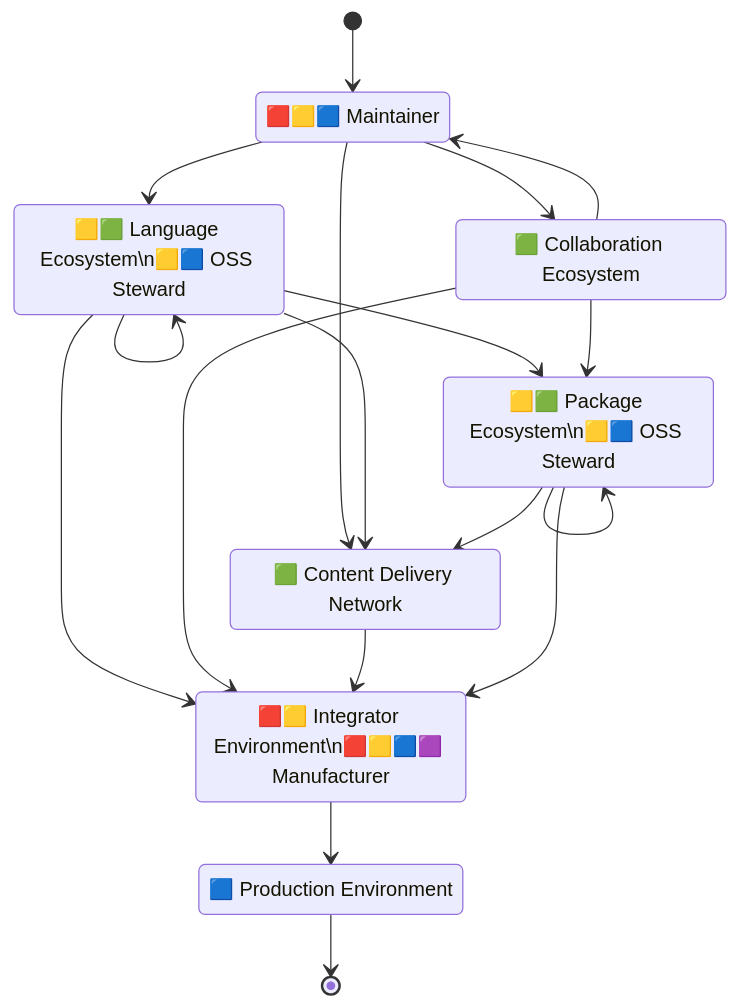
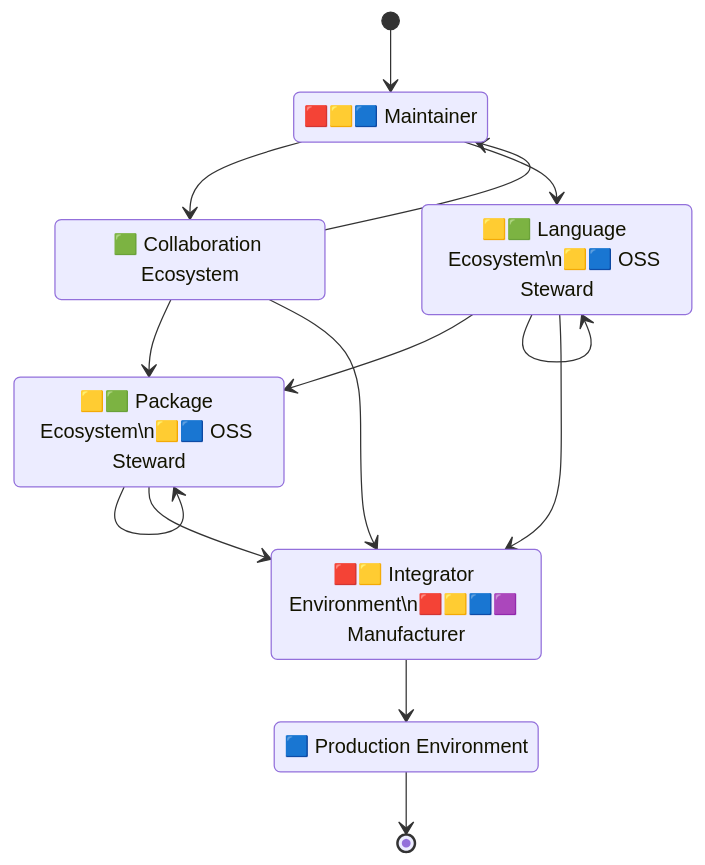
One commit to CPAN-Security/security.metacpan.org changed the first of 3 diagrams in docs/supplychain-sbom.md. Above: the diagram before and after it, drawn with Mermaid. The commit also changed other lines of this file, not shown here.

Commit message:
Comment out CDN from graph, until we find a better term; Remove to solved tasks from TODO

````diff
--- a/docs/supplychain-sbom.md
+++ b/docs/supplychain-sbom.md
@@ -39,33 +39,33 @@
 ```mermaid
 stateDiagram-v2
     direction TB
 
     state "🟥🟨🟦 Maintainer" as environment_maintainer
     state "🟩 Collaboration Ecosystem" as ecosystem_repo
     state "🟨🟩 Language Ecosystem\n🟨🟦 OSS Steward" as ecosystem_lang
     state "🟨🟩 Package Ecosystem\n🟨🟦 OSS Steward" as ecosystem_package
-    state "🟩 Content Delivery Network" as network_delivery
+    %%state "🟩 Content Delivery Network" as network_delivery
     state "🟥🟨 Integrator Environment\n🟥🟨🟦🟪 Manufacturer" as environment_integrator
     state "🟦 Production Environment" as environment_prod
 
     [*] --> environment_maintainer
     environment_maintainer --> ecosystem_repo
     environment_maintainer --> ecosystem_lang
-    environment_maintainer --> network_delivery
+    %%environment_maintainer --> network_delivery
     ecosystem_lang --> ecosystem_package
     ecosystem_lang --> ecosystem_lang
-    ecosystem_lang --> network_delivery
+    %%ecosystem_lang --> network_delivery
     ecosystem_lang --> environment_integrator
     ecosystem_repo --> environment_maintainer
     ecosystem_repo --> ecosystem_package
     ecosystem_repo --> environment_integrator
     ecosystem_package --> ecosystem_package
-    ecosystem_package --> network_delivery
-    network_delivery --> environment_integrator
+    %%ecosystem_package --> network_delivery
+    %%network_delivery --> environment_integrator
     ecosystem_package --> environment_integrator
     environment_integrator --> environment_prod
     environment_prod --> [*]
 
     %% Copyright © 2024 Salve J. Nilsen <sjn@oslo.pm>
     %% Some rights reserved. Licenced CC-BY-SA-4.0
 ```
````
